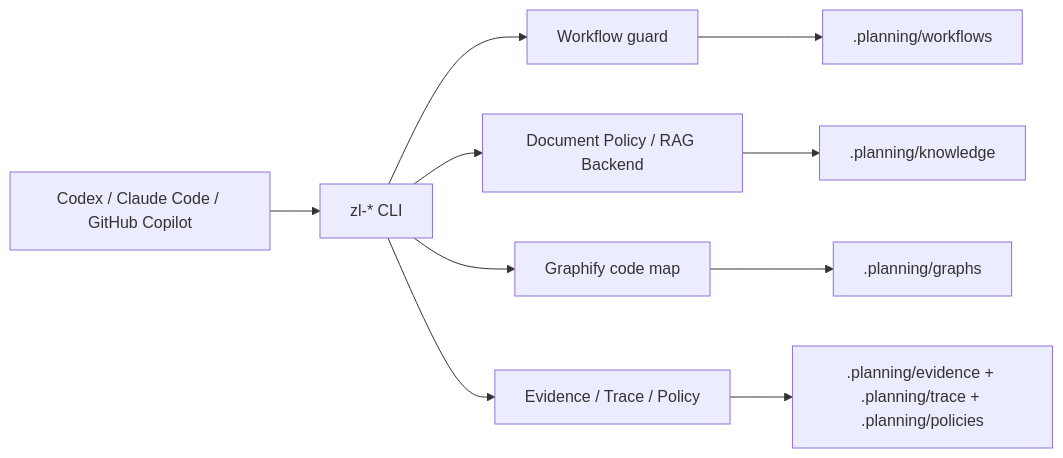
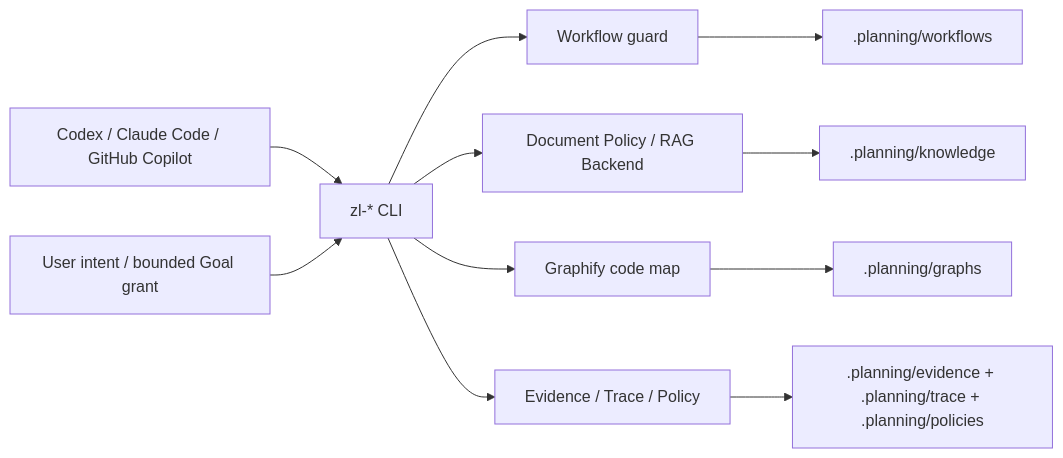
One commit to FrigidCrow/Zhulong-Project-Intelligence-Kit changed the first of 4 diagrams in docs/architecture.md. Above: the diagram before and after it, drawn with Mermaid. The commit also changed other lines of this file and 61 other files, not shown here.

````diff
--- a/docs/architecture.md
+++ b/docs/architecture.md
@@ -5,12 +5,13 @@
 ```mermaid
 flowchart LR
   R["Codex / Claude Code / GitHub Copilot"] --> C["zl-* CLI"]
+  A["User intent / bounded Goal grant"] --> C
   C --> W["Workflow guard"]
   C --> K["Document Policy / RAG Backend"]
   C --> G["Graphify code map"]
   C --> E["Evidence / Trace / Policy"]
   W --> P[".planning/workflows"]
   K --> PK[".planning/knowledge"]
   G --> PG[".planning/graphs"]
   E --> PE[".planning/evidence + .planning/trace + .planning/policies"]
 ```
````
